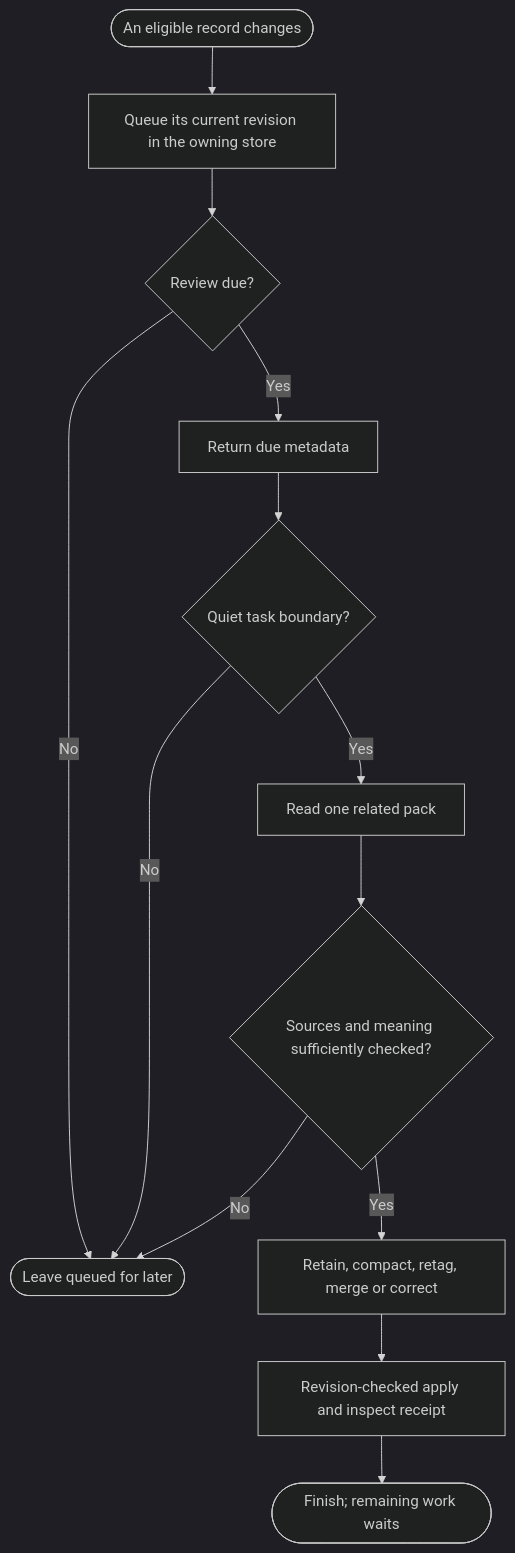
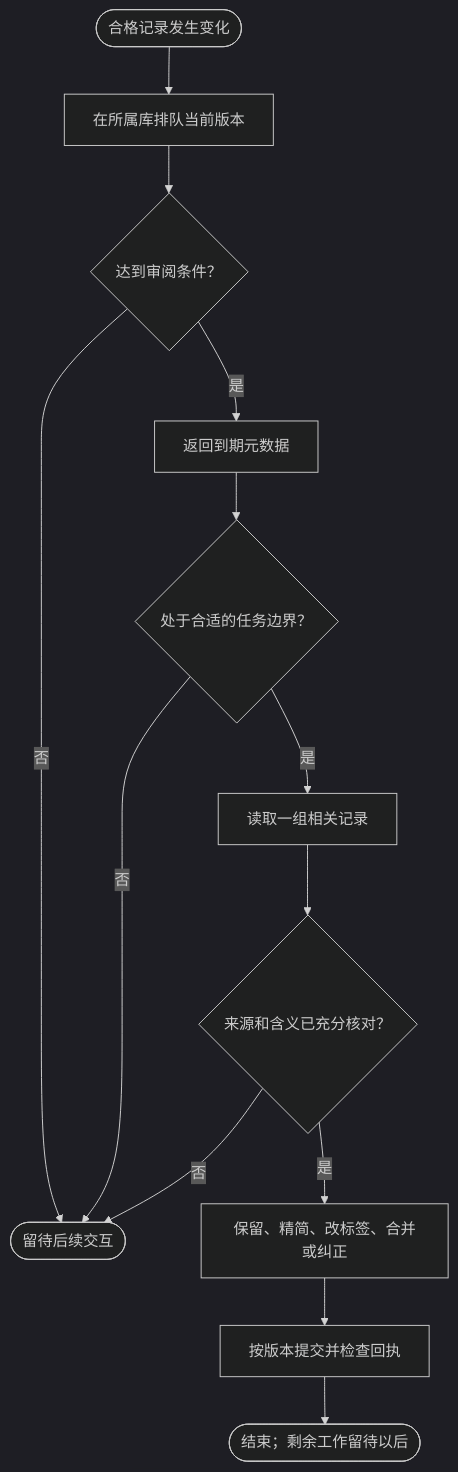
Before and after one commit to chrisstarr7/dev-memory: the second of 2 diagrams in README.md, drawn with Mermaid (dark theme). The commit also changed other lines of this file and 1 other file, not shown here.

````diff
--- a/README.md
+++ b/README.md
@@ -122,15 +122,15 @@
 ```mermaid
 flowchart TD
-    S([An eligible record changes]) --> Q[Queue its current revision in the owning store]
-    Q --> D{Review due?}
-    D -->|No| L([Leave queued for later])
-    D -->|Yes| M[Return due metadata]
-    M --> B{Quiet task boundary?}
-    B -->|No| L
-    B -->|Yes| R[Read one related pack]
-    R --> C{Sources and meaning sufficiently checked?}
-    C -->|No| L
-    C -->|Yes| A[Retain, compact, retag, merge or correct]
-    A --> F[Revision-checked apply and inspect receipt]
-    F --> E([Finish; remaining work waits])
+    S([合格记录发生变化]) --> Q[在所属库排队当前版本]
+    Q --> D{达到审阅条件？}
+    D -->|否| L([留待后续交互])
+    D -->|是| M[返回到期元数据]
+    M --> B{处于合适的任务边界？}
+    B -->|否| L
+    B -->|是| R[读取一组相关记录]
+    R --> C{来源和含义已充分核对？}
+    C -->|否| L
+    C -->|是| A[保留、精简、改标签、合并或纠正]
+    A --> F[按版本提交并检查回执]
+    F --> E([结束；剩余工作留待以后])
 ```
````
